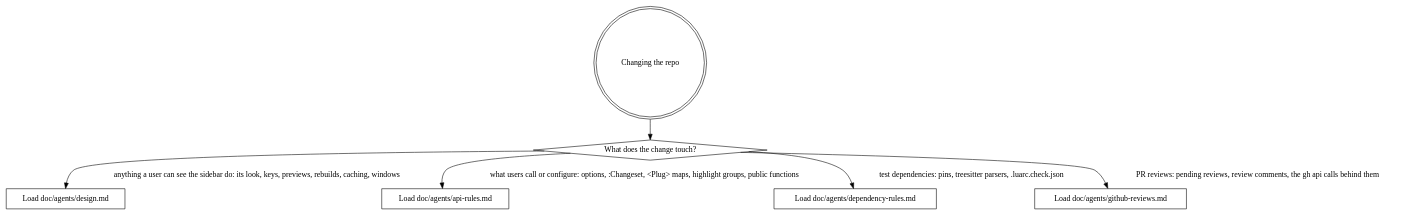
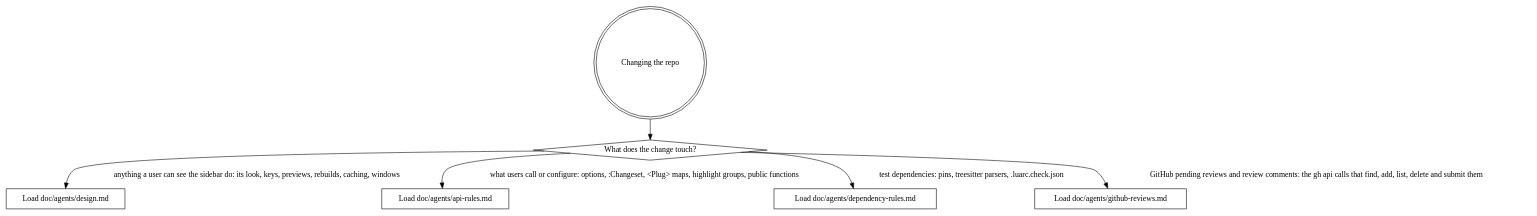
The diagram in AGENTS.md (macintacos/changeset.nvim), drawn with Graphviz before and after one commit. The commit also changed 18 other files, not shown here.

First line of the commit message:
docs(agents): apply review fixes to the GitHub reviews doc

````diff
--- a/AGENTS.md
+++ b/AGENTS.md
@@ -71,14 +71,14 @@
 ```graphviz
 digraph rules_router {
     node [shape=box];
 
     "Changing the repo" [shape=doublecircle];
     "What does the change touch?" [shape=diamond];
 
     "Changing the repo" -> "What does the change touch?";
     "What does the change touch?" -> "Load doc/agents/design.md" [label="anything a user can see the sidebar do: its look, keys, previews, rebuilds, caching, windows"];
     "What does the change touch?" -> "Load doc/agents/api-rules.md" [label="what users call or configure: options, :Changeset, <Plug> maps, highlight groups, public functions"];
     "What does the change touch?" -> "Load doc/agents/dependency-rules.md" [label="test dependencies: pins, treesitter parsers, .luarc.check.json"];
-    "What does the change touch?" -> "Load doc/agents/github-reviews.md" [label="PR reviews: pending reviews, review comments, the gh api calls behind them"];
+    "What does the change touch?" -> "Load doc/agents/github-reviews.md" [label="GitHub pending reviews and review comments: the gh api calls that find, add, list, delete and submit them"];
 }
 ```
````
